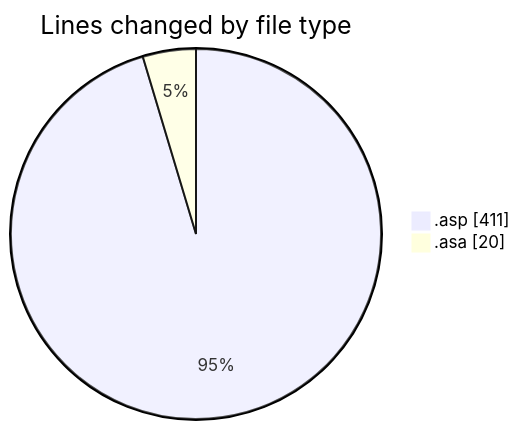
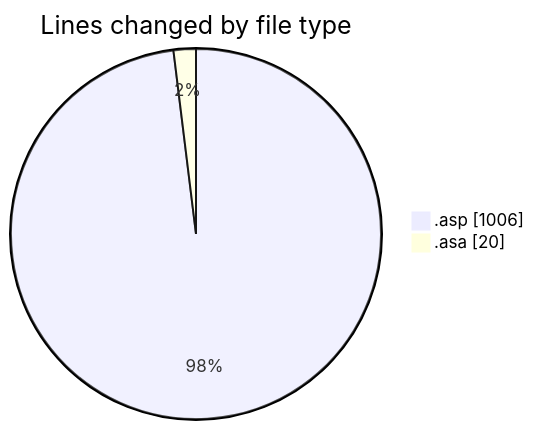
Before and after one commit to julien-gomy/code-tracking: the first of 2 diagrams in 2025-11-06/cdp_aleoudev_fr__workspace_/README.md, drawn with Mermaid. The commit also changed other lines of this file and 1 other file, not shown here.

````diff
--- a/2025-11-06/cdp_aleoudev_fr__workspace_/README.md
+++ b/2025-11-06/cdp_aleoudev_fr__workspace_/README.md
@@ -22,6 +24,6 @@
 ```mermaid
 pie showData
 title Lines changed by file type
-".asp" : 411
+".asp" : 1006
 ".asa" : 20
 ```
````
